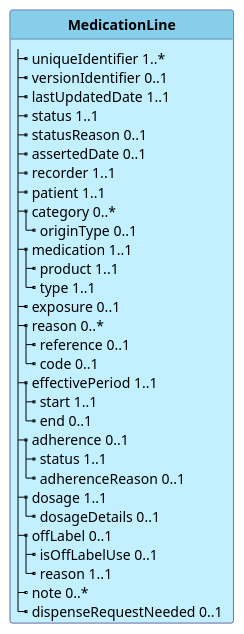
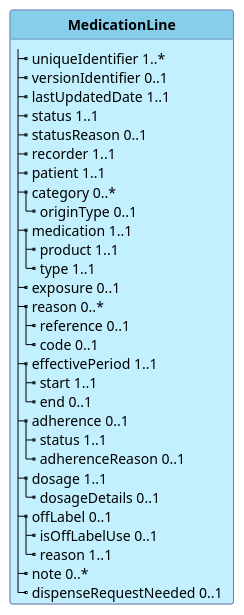
The diagram in input/images-source/be-model-medicationline.plantuml (hl7-be/medication), drawn with PlantUML before and after one commit. The commit also changed 11 other files, not shown here.

```diff
--- a/input/images-source/be-model-medicationline.plantuml
+++ b/input/images-source/be-model-medicationline.plantuml
@@ -1,45 +1,44 @@
 @startuml
 skinparam linetype polyline
 hide circle
 hide stereotype
-
 
 skinparam class {
  BorderColor #505090
  BackgroundColor APPLICATION
  HeaderBackgroundColor SkyBlue
 }
 
+
 class "**MedicationLine**" as MedicationLine {
   |_ uniqueIdentifier 1..*   
   |_ versionIdentifier 0..1   
   |_ lastUpdatedDate 1..1   
   |_ status 1..1   
   |_ statusReason 0..1   
-  |_ assertedDate 0..1   
   |_ recorder 1..1   
   |_ patient 1..1   
   |_ category 0..*   
     |_ originType 0..1   
   |_ medication 1..1   
     |_ product 1..1   
     |_ type 1..1   
   |_ exposure 0..1   
   |_ reason 0..*   
     |_ reference 0..1   
     |_ code 0..1   
   |_ effectivePeriod 1..1   
     |_ start 1..1   
     |_ end 0..1   
   |_ adherence 0..1   
     |_ status 1..1   
     |_ adherenceReason 0..1   
   |_ dosage 1..1   
     |_ dosageDetails 0..1   
   |_ offLabel 0..1   
     |_ isOffLabelUse 0..1   
     |_ reason 1..1   
   |_ note 0..*   
   |_ dispenseRequestNeeded 0..1   
 }
 @enduml
```
